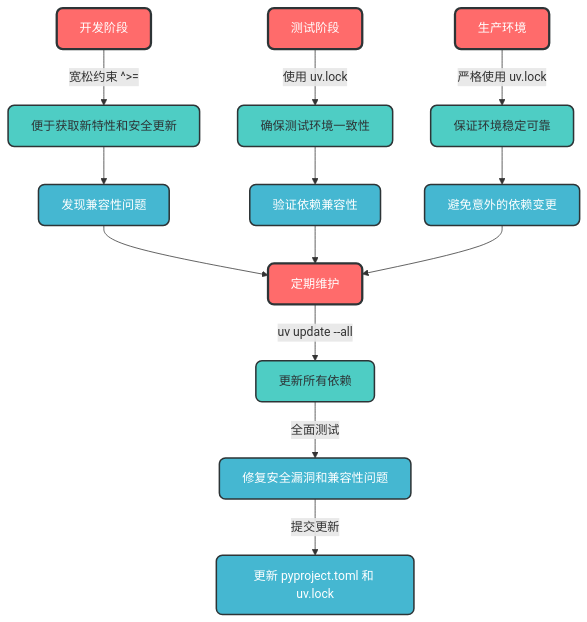
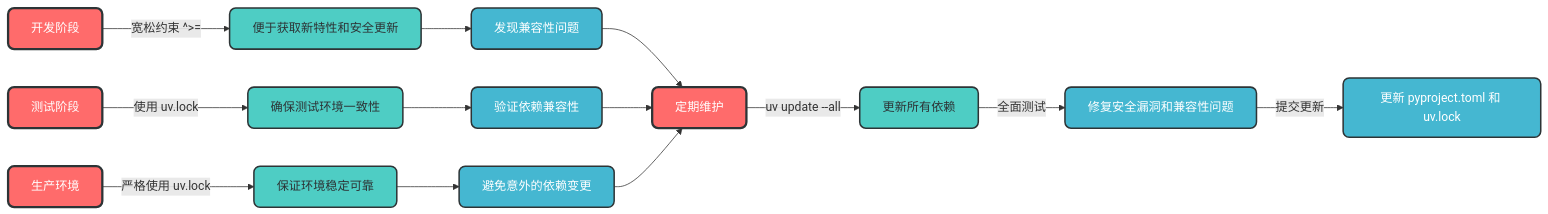
The fourth of 8 diagrams in docs/uv 管理 python 虚拟环境/uv 完整使用指南.md (amuqiao/fastapi-enterprise-framework-template), drawn with Mermaid before and after one commit. The commit also changed other lines of this file, not shown here.

````diff
--- a/docs/uv 管理 python 虚拟环境/uv 完整使用指南.md
+++ b/docs/uv 管理 python 虚拟环境/uv 完整使用指南.md
@@ -202,27 +202,27 @@
 ```mermaid
-flowchart TD
+flowchart LR
     A[开发阶段] -->|宽松约束 ^>=| B[便于获取新特性和安全更新]
     B --> C[发现兼容性问题]
     
     D[测试阶段] -->|使用 uv.lock| E[确保测试环境一致性]
     E --> F[验证依赖兼容性]
     
     G[生产环境] -->|严格使用 uv.lock| H[保证环境稳定可靠]
     H --> I[避免意外的依赖变更]
     
     J[定期维护] -->|uv update --all| K[更新所有依赖]
     K -->|全面测试| L[修复安全漏洞和兼容性问题]
     L -->|提交更新| M[更新 pyproject.toml 和 uv.lock]
     
     C --> J
     F --> J
     I --> J
     
     classDef env fill:#FF6B6B,stroke:#2D3436,stroke-width:3px,color:white,rx:8,ry:8;
     classDef strategy fill:#4ECDC4,stroke:#2D3436,stroke-width:2px,color:#2D3436,rx:8,ry:8;
     classDef result fill:#45B7D1,stroke:#2D3436,stroke-width:2px,color:white,rx:8,ry:8;
     
     class A,D,G,J env;
     class B,E,H,K strategy;
     class C,F,I,L,M result;
 ```
````
